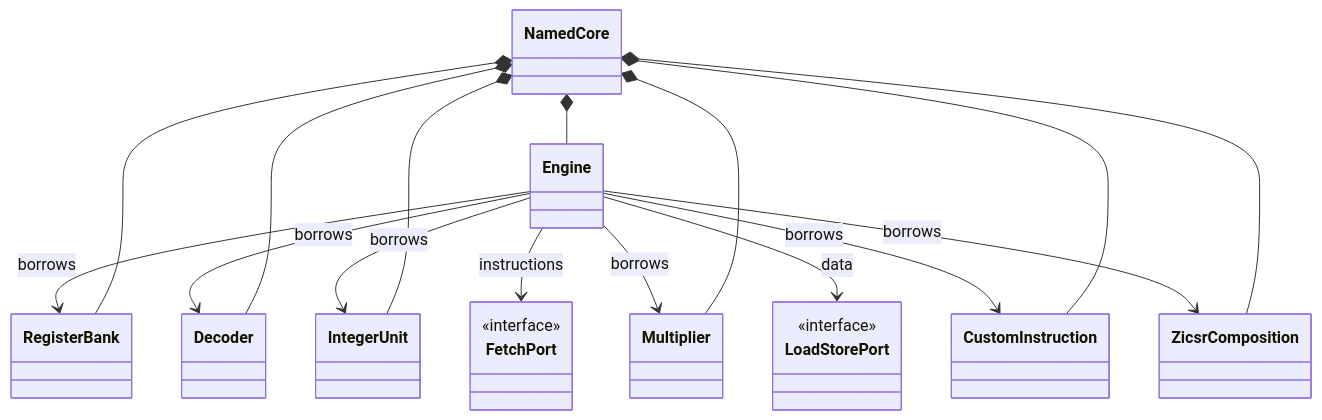
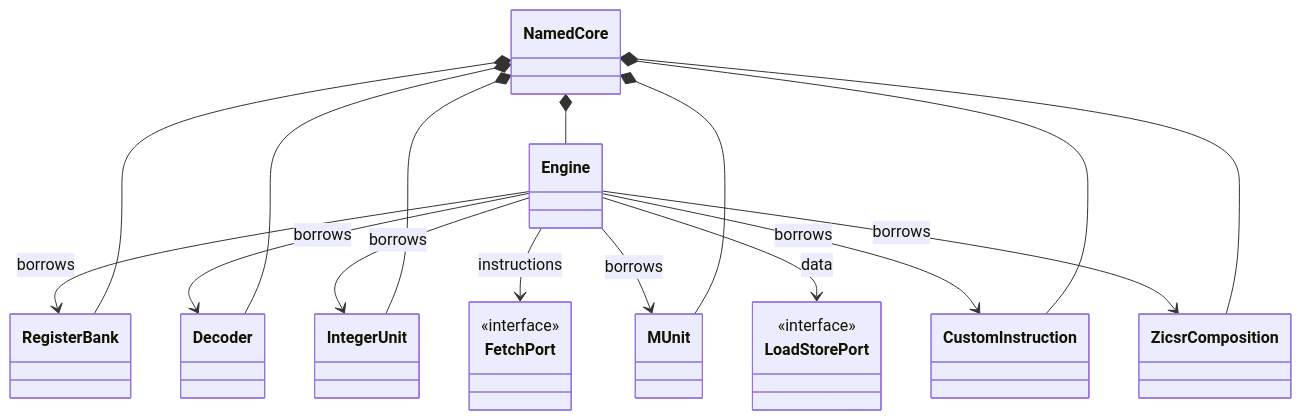
Before and after one commit to eccelerators/eccelerators-riscv: the diagram in docs/architecture.md, drawn with Mermaid. The commit also changed other lines of this file and 66 other files, not shown here.

````diff
--- a/docs/architecture.md
+++ b/docs/architecture.md
@@ -26,32 +26,32 @@
 ```mermaid
 classDiagram
     class NamedCore
     class Engine
     class RegisterBank
     class Decoder
     class IntegerUnit
-    class Multiplier
+    class MUnit
     class CustomInstruction
     class ZicsrComposition
     class FetchPort {
         <<interface>>
     }
     class LoadStorePort {
         <<interface>>
     }
     NamedCore *-- Engine
     NamedCore *-- RegisterBank
     NamedCore *-- Decoder
     NamedCore *-- IntegerUnit
-    NamedCore *-- Multiplier
+    NamedCore *-- MUnit
     NamedCore *-- CustomInstruction
     NamedCore *-- ZicsrComposition
     Engine --> RegisterBank : borrows
     Engine --> Decoder : borrows
     Engine --> IntegerUnit : borrows
-    Engine --> Multiplier : borrows
+    Engine --> MUnit : borrows
     Engine --> CustomInstruction : borrows
     Engine --> ZicsrComposition : borrows
     Engine --> FetchPort : instructions
     Engine --> LoadStorePort : data
 ```
````
